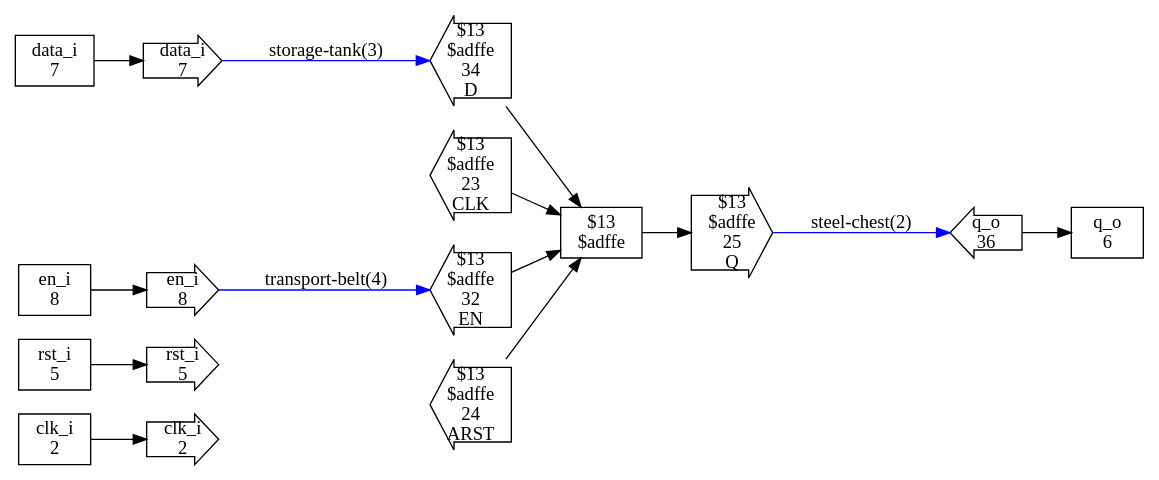
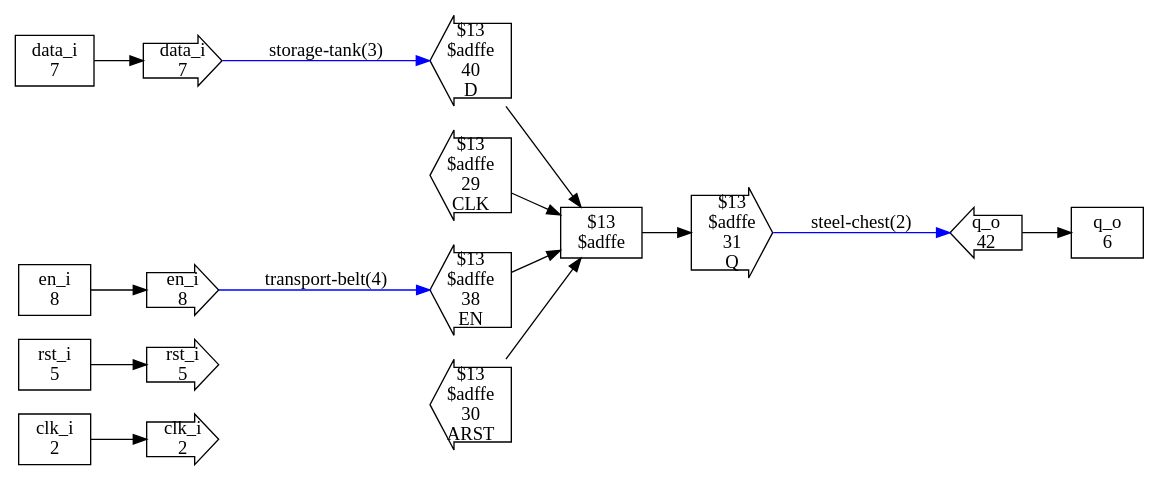
Before and after one commit to ben-j-c/verilog2factorio: the diagram in test_designs/adffe/checked_design.dot, drawn with Graphviz. The commit also changed 34 other files, not shown here.

```diff
--- a/test_designs/adffe/checked_design.dot
+++ b/test_designs/adffe/checked_design.dot
@@ -1,58 +1,58 @@
 digraph CheckedDesign {
   rankdir=LR
   n0[shape=box,label="clk_i
 2"]
   n1[shape=box,label="rst_i
 5"]
   n2[shape=box,label="q_o
 6"]
   n3[shape=box,label="data_i
 7"]
   n4[shape=box,label="en_i
 8"]
   n5[shape=box,label="$13
 $adffe"]
   n6[shape=rarrow,label="clk_i
 2"]
   n7[shape=rarrow,label="rst_i
 5"]
   n8[shape=larrow,label="q_o
-36"]
+42"]
   n9[shape=rarrow,label="data_i
 7"]
   n10[shape=rarrow,label="en_i
 8"]
   n11[shape=larrow,label="$13
 $adffe
-34
+40
 D"]
   n12[shape=larrow,label="$13
 $adffe
-23
+29
 CLK"]
   n13[shape=larrow,label="$13
 $adffe
-32
+38
 EN"]
   n14[shape=larrow,label="$13
 $adffe
-24
+30
 ARST"]
   n15[shape=rarrow,label="$13
 $adffe
-25
+31
 Q"]
   n0 -> n6
   n1 -> n7
   n3 -> n9
   n4 -> n10
   n5 -> n15
   n8 -> n2
   n9 -> n11 [label="storage-tank(3)",syle=bold,color=blue]
   n10 -> n13 [label="transport-belt(4)",syle=bold,color=blue]
   n11 -> n5
   n12 -> n5
   n13 -> n5
   n14 -> n5
   n15 -> n8 [label="steel-chest(2)",syle=bold,color=blue]
 }
```
